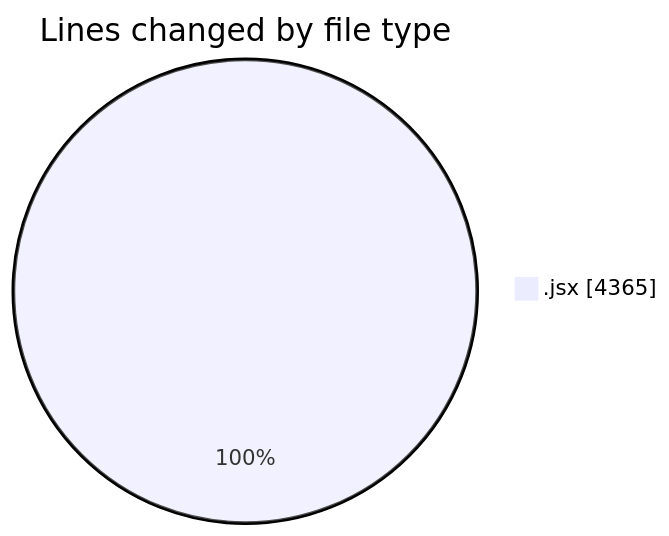
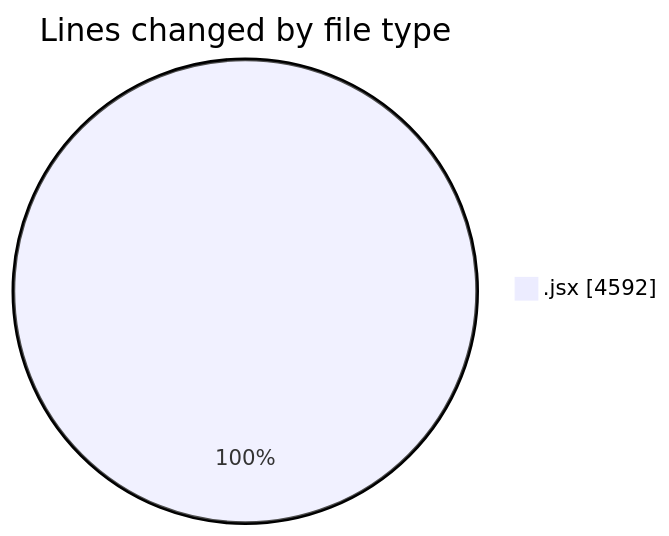
One commit to nxtqubesakshisongat/code-tracking changed the first of 2 diagrams in 2025-07-08/argos/README.md. Above: the diagram before and after it, drawn with Mermaid. The commit also changed other lines of this file and 1 other file, not shown here.

````diff
--- a/2025-07-08/argos/README.md
+++ b/2025-07-08/argos/README.md
@@ -25,5 +26,5 @@
 ```mermaid
 pie showData
 title Lines changed by file type
-".jsx" : 4365
+".jsx" : 4592
 ```
````
